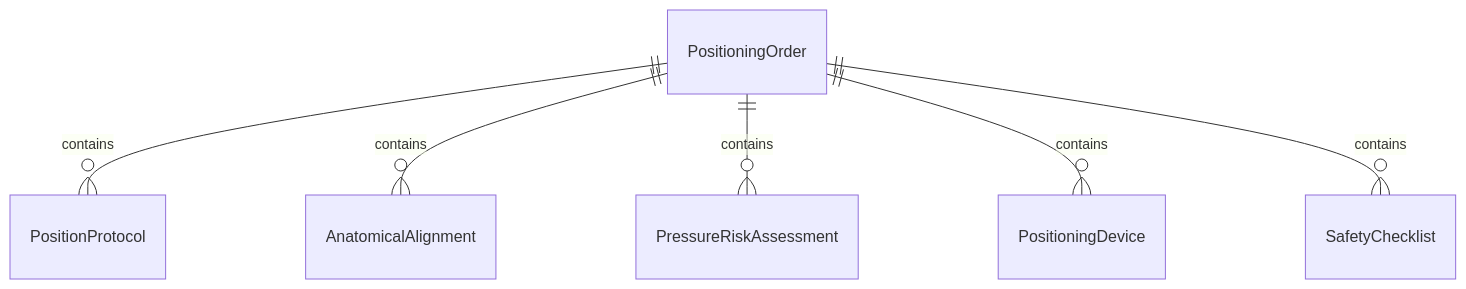
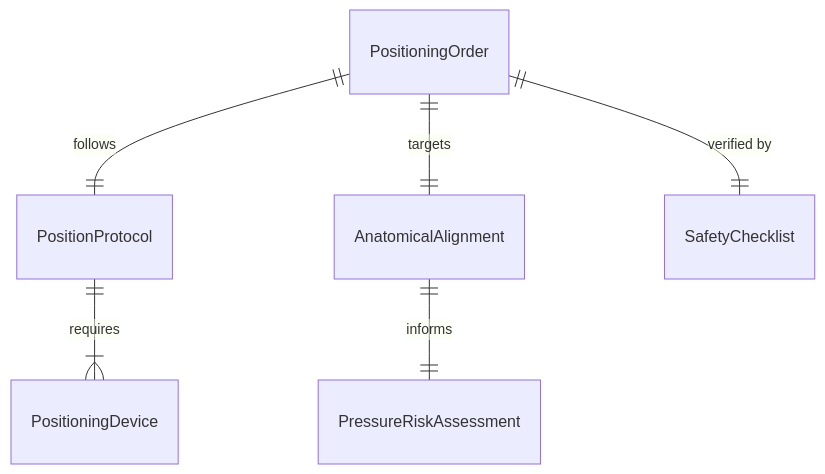
Before and after one commit to dot-org-ai/tasks.org.ai: the first of 4 diagrams in AssistingAndCaringForOthers/AssistHealthcarePractitionersDuringMedicalProcedures/PositionPatientsTreatmentExamination.mdx, drawn with Mermaid. The commit also changed other lines of this file and 32 other files, not shown here.

First line of the commit message:
fix: Improve ER and State diagrams in 32 AssistingAndCaringForOthers DWA files

````diff
--- a/AssistingAndCaringForOthers/AssistHealthcarePractitionersDuringMedicalProcedures/PositionPatientsTreatmentExamination.mdx
+++ b/AssistingAndCaringForOthers/AssistHealthcarePractitionersDuringMedicalProcedures/PositionPatientsTreatmentExamination.mdx
@@ -88,8 +88,8 @@
 ```mermaid
 erDiagram
-    PositioningOrder ||--o{ PositionProtocol : contains
-    PositioningOrder ||--o{ AnatomicalAlignment : contains
-    PositioningOrder ||--o{ PressureRiskAssessment : contains
-    PositioningOrder ||--o{ PositioningDevice : contains
-    PositioningOrder ||--o{ SafetyChecklist : contains
+    PositioningOrder ||--|| PositionProtocol : follows
+    PositionProtocol ||--|{ PositioningDevice : requires
+    PositioningOrder ||--|| AnatomicalAlignment : targets
+    AnatomicalAlignment ||--|| PressureRiskAssessment : informs
+    PositioningOrder ||--|| SafetyChecklist : "verified by"
 ```
````
